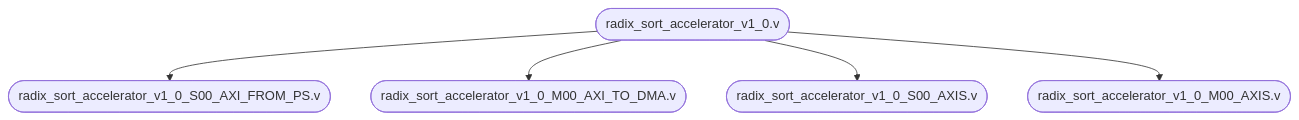
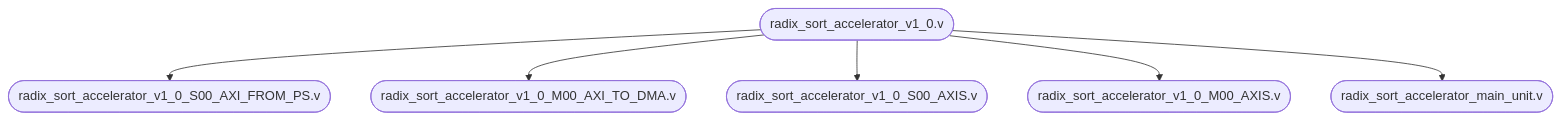
One commit to daltamaulana/Near-Memory-Radix-Sort changed the first of 17 diagrams in Documentation/Near Memory Radix Sort Documentation.md. Above: the diagram before and after it, drawn with Mermaid. The commit also changed other lines of this file, not shown here.

````diff
--- a/Documentation/Near Memory Radix Sort Documentation.md
+++ b/Documentation/Near Memory Radix Sort Documentation.md
@@ -186,11 +187,13 @@
 ```mermaid
 graph TD;
 	id1([radix_sort_accelerator_v1_0.v]) -->
 	id2([radix_sort_accelerator_v1_0_S00_AXI_FROM_PS.v]);
 	id1([radix_sort_accelerator_v1_0.v]) -->
 	id3([radix_sort_accelerator_v1_0_M00_AXI_TO_DMA.v]);
 	id1([radix_sort_accelerator_v1_0.v]) -->
 	id4([radix_sort_accelerator_v1_0_S00_AXIS.v]);
 	id1([radix_sort_accelerator_v1_0.v]) -->
 	id5([radix_sort_accelerator_v1_0_M00_AXIS.v]);
+	id1([radix_sort_accelerator_v1_0.v]) -->
+	id6([radix_sort_accelerator_main_unit.v]);
 ```
````
